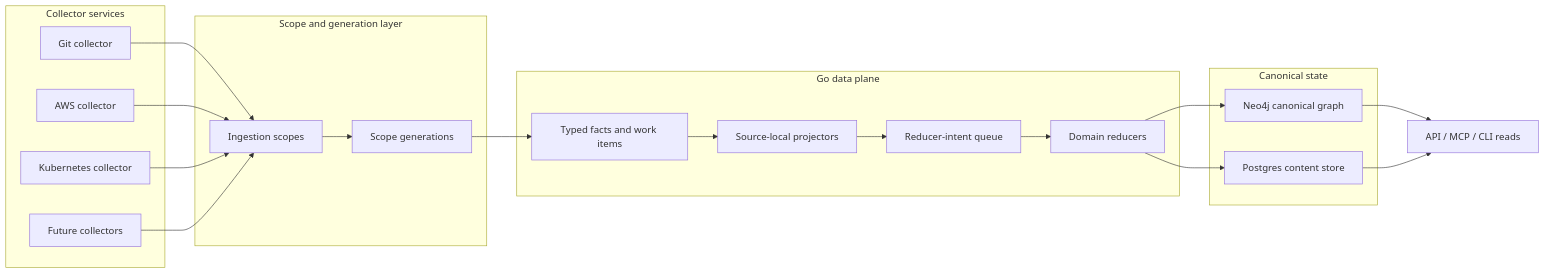
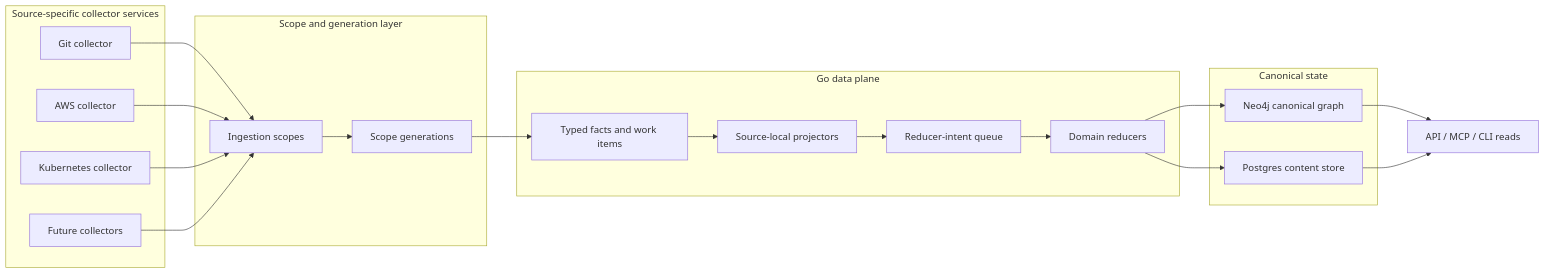
Before and after one commit to platformcontext/platform-context-graph: the third of 4 diagrams in docs/docs/architecture.md, drawn with Mermaid. The commit also changed other lines of this file and 12 other files, not shown here.

Commit message:
docs: lock go data plane architecture contracts

````diff
--- a/docs/docs/architecture.md
+++ b/docs/docs/architecture.md
@@ -61,40 +69,40 @@
 ```mermaid
 flowchart LR
-  subgraph Sources["Collector services"]
+  subgraph Sources["Source-specific collector services"]
     G["Git collector"]
     A["AWS collector"]
     K["Kubernetes collector"]
     F["Future collectors"]
   end
 
   subgraph Scope["Scope and generation layer"]
     S["Ingestion scopes"]
     SG["Scope generations"]
   end
 
   subgraph GoPlane["Go data plane"]
     T["Typed facts and work items"]
     P["Source-local projectors"]
     Q["Reducer-intent queue"]
     R["Domain reducers"]
   end
 
   subgraph Canonical["Canonical state"]
     C["Neo4j canonical graph"]
     D["Postgres content store"]
   end
 
   G --> S
   A --> S
   K --> S
   F --> S
   S --> SG
   SG --> T
   T --> P
   P --> Q
   Q --> R
   R --> C
   R --> D
   C --> API["API / MCP / CLI reads"]
   D --> API
 ```
````
